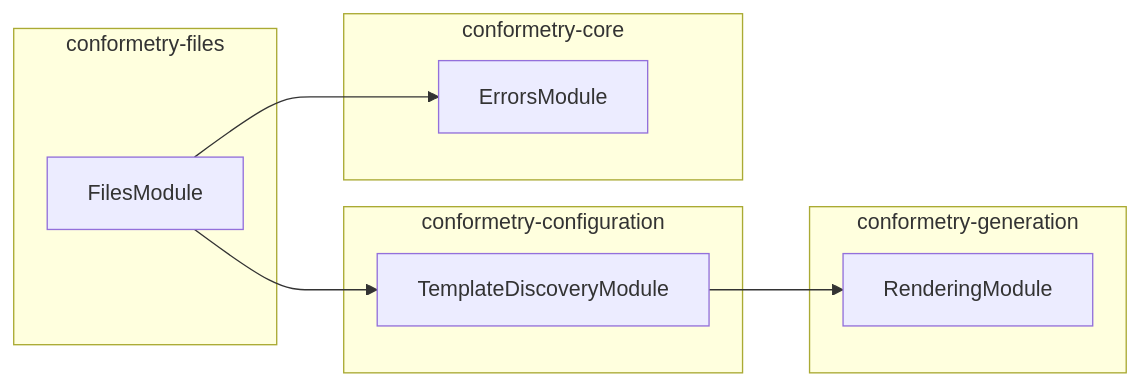
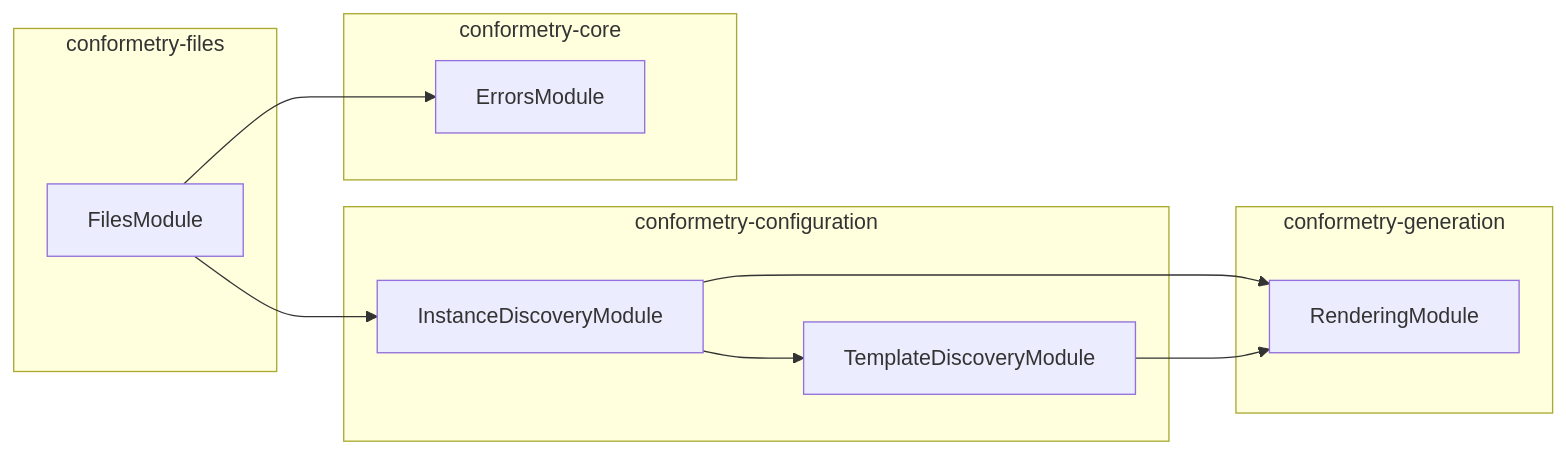
Before and after one commit to JimmyPaolini/codebase: the diagram in packages/conformetry-files/AGENTS.md, drawn with Mermaid. The commit also changed 64 other files, not shown here.

Commit message:
refactor(conformetry): ♻️ split discovery into template and instance modules

````diff
--- a/packages/conformetry-files/AGENTS.md
+++ b/packages/conformetry-files/AGENTS.md
@@ -57,18 +57,21 @@
 ```mermaid
 flowchart LR
   subgraph group0["conformetry-files"]
     FilesModule
   end
   subgraph group1["conformetry-configuration"]
+    InstanceDiscoveryModule
     TemplateDiscoveryModule
   end
   subgraph group2["conformetry-core"]
     ErrorsModule
   end
   subgraph group3["conformetry-generation"]
     RenderingModule
   end
   FilesModule --> ErrorsModule
-  FilesModule --> TemplateDiscoveryModule
+  FilesModule --> InstanceDiscoveryModule
+  InstanceDiscoveryModule --> RenderingModule
+  InstanceDiscoveryModule --> TemplateDiscoveryModule
   TemplateDiscoveryModule --> RenderingModule
 ```
````
